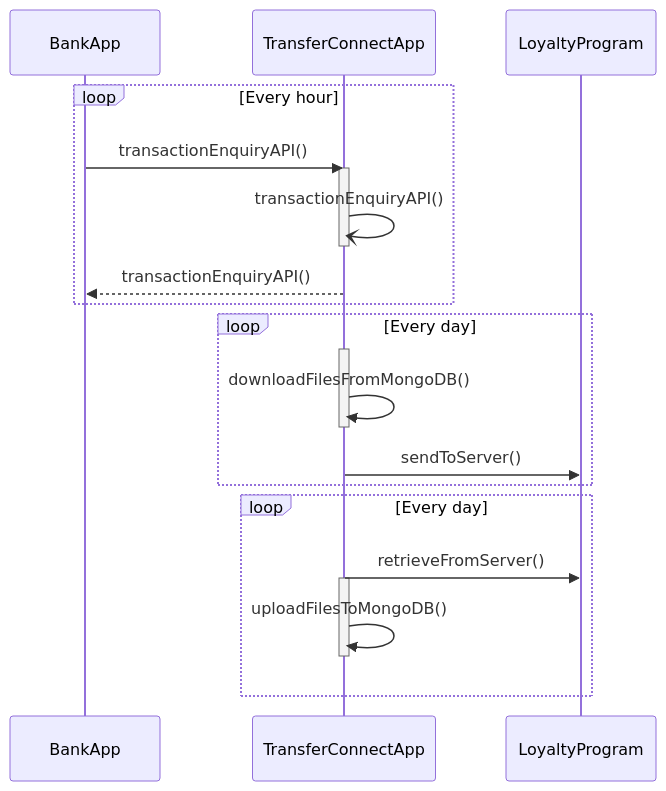
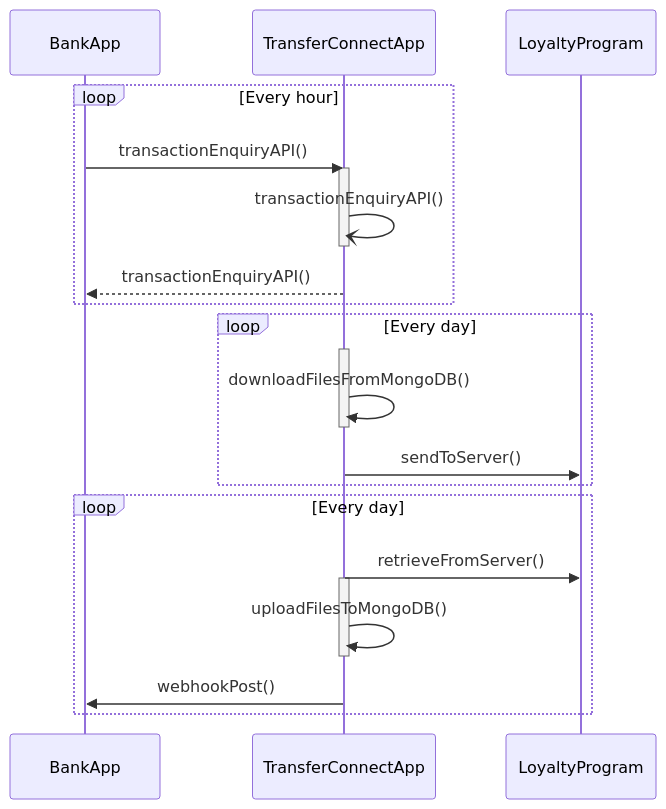
The diagram in UML Class Diagrams/backendAPISequence.md (Sean2309/50.003_ESC_Project), drawn with Mermaid before and after one commit. The commit also changed other lines of this file, not shown here.

Commit message:
fix: updated with webhookPost()

````diff
--- a/UML Class Diagrams/backendAPISequence.md
+++ b/UML Class Diagrams/backendAPISequence.md
@@ -2,35 +2,36 @@
 ```mermaid
 sequenceDiagram
 
     %% Initialising Actors
     participant BankApp
     participant TransferConnectApp
     participant LoyaltyProgram
 
     %% Connections
 
     %% Transaction Enquiry API
     loop Every hour
         BankApp ->> TransferConnectApp: transactionEnquiryAPI()
     activate TransferConnectApp
     TransferConnectApp -) TransferConnectApp: transactionEnquiryAPI()
     deactivate TransferConnectApp
     TransferConnectApp -->> BankApp: transactionEnquiryAPI()
     end
     
     %% TransferFile Sending API
     loop Every day 
         activate TransferConnectApp
         TransferConnectApp ->> TransferConnectApp: downloadFilesFromMongoDB()
         deactivate TransferConnectApp
         TransferConnectApp ->> LoyaltyProgram: sendToServer()
     end
 
     %% TransferFile Retrieving API
     loop Every day
         TransferConnectApp ->> LoyaltyProgram: retrieveFromServer()
         activate TransferConnectApp
         TransferConnectApp ->> TransferConnectApp: uploadFilesToMongoDB()
         deactivate TransferConnectApp
+        TransferConnectApp ->> BankApp: webhookPost()
     end
 ```
````
